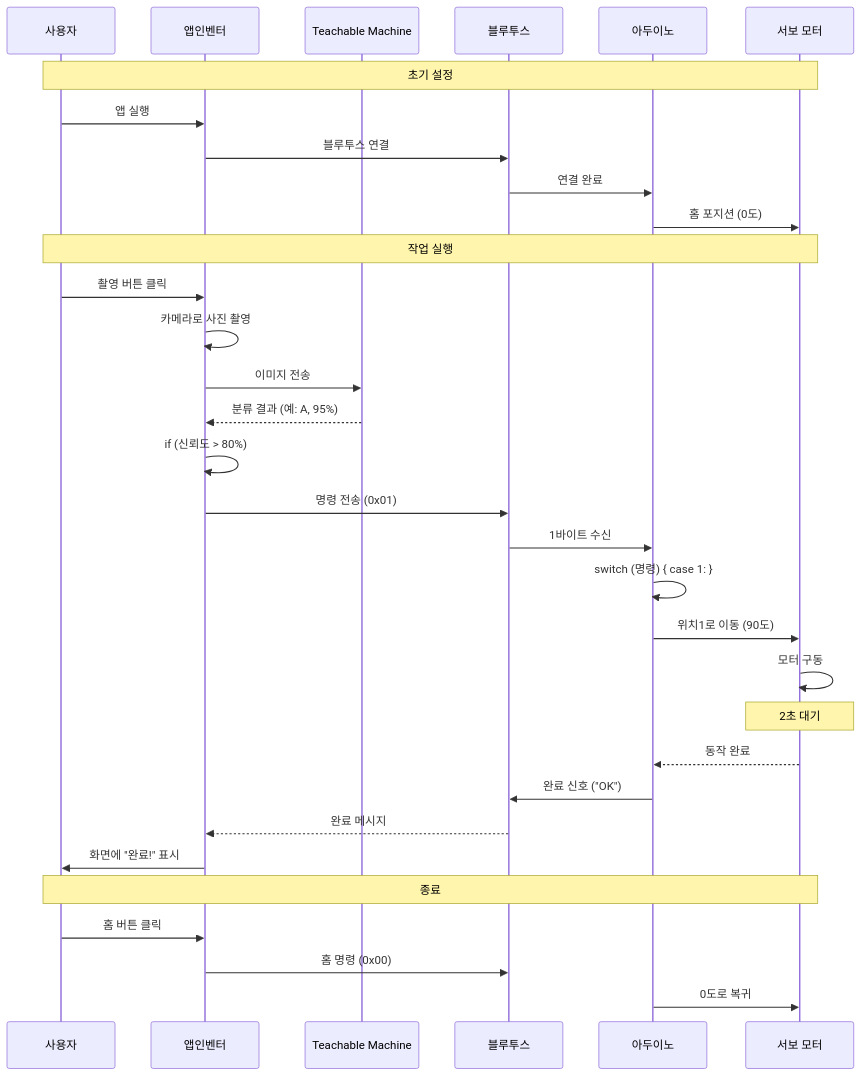
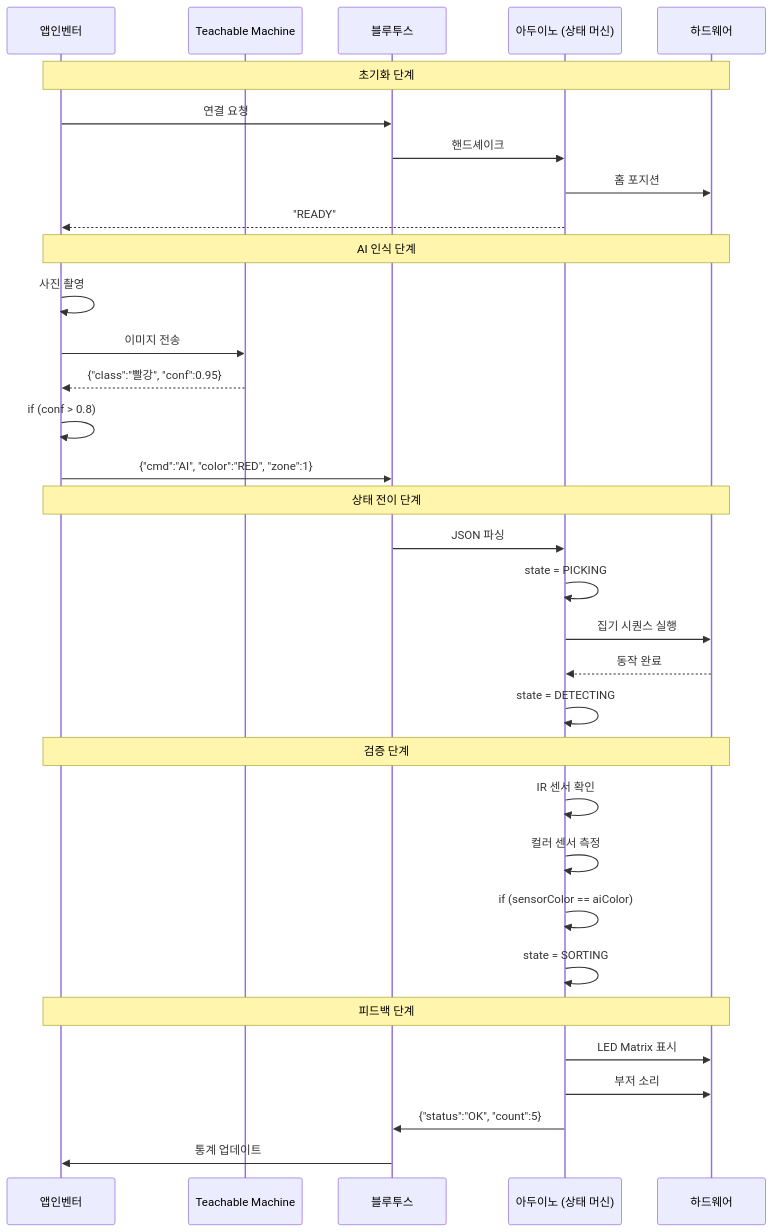
One commit to Collegenie-X/Smart_Factory_Arms_Project changed the seventh of 12 diagrams in docs/01_프로젝트_구조도.md. Above: the diagram before and after it, drawn with Mermaid. The commit also changed other lines of this file, not shown here.

````diff
--- a/docs/01_프로젝트_구조도.md
+++ b/docs/01_프로젝트_구조도.md
@@ -248,40 +314,42 @@
 ```mermaid
 sequenceDiagram
-    participant U as 사용자
-    participant APP as 앱인벤터
-    participant TM as Teachable Machine
+    participant 앱 as 앱인벤터
+    participant AI as Teachable Machine
     participant BT as 블루투스
-    participant ARD as 아두이노
-    participant SVO as 서보 모터
+    participant ARD as 아두이노 (상태 머신)
+    participant HW as 하드웨어
     
-    Note over U,SVO: 초기 설정
-    U->>APP: 앱 실행
-    APP->>BT: 블루투스 연결
-    BT->>ARD: 연결 완료
-    ARD->>SVO: 홈 포지션 (0도)
+    Note over 앱,HW: 초기화 단계
+    앱->>BT: 연결 요청
+    BT->>ARD: 핸드셰이크
+    ARD->>HW: 홈 포지션
+    ARD-->>앱: "READY"
     
-    Note over U,SVO: 작업 실행
-    U->>APP: 촬영 버튼 클릭
-    APP->>APP: 카메라로 사진 촬영
-    APP->>TM: 이미지 전송
-    TM-->>APP: 분류 결과 (예: A, 95%)
+    Note over 앱,HW: AI 인식 단계
+    앱->>앱: 사진 촬영
+    앱->>AI: 이미지 전송
+    AI-->>앱: {"class":"빨강", "conf":0.95}
     
-    APP->>APP: if (신뢰도 > 80%)
-    APP->>BT: 명령 전송 (0x01)
-    BT->>ARD: 1바이트 수신
+    앱->>앱: if (conf > 0.8)
+    앱->>BT: {"cmd":"AI", "color":"RED", "zone":1}
     
-    ARD->>ARD: switch (명령) { case 1: }
-    ARD->>SVO: 위치1로 이동 (90도)
-    SVO->>SVO: 모터 구동
+    Note over 앱,HW: 상태 전이 단계
+    BT->>ARD: JSON 파싱
+    ARD->>ARD: state = PICKING
+    ARD->>HW: 집기 시퀀스 실행
     
-    Note over SVO: 2초 대기
-    SVO-->>ARD: 동작 완료
-    ARD->>BT: 완료 신호 ("OK")
-    BT-->>APP: 완료 메시지
-    APP->>U: 화면에 "완료!" 표시
+    HW-->>ARD: 동작 완료
+    ARD->>ARD: state = DETECTING
     
-    Note over U,SVO: 종료
-    U->>APP: 홈 버튼 클릭
-    APP->>BT: 홈 명령 (0x00)
-    ARD->>SVO: 0도로 복귀
+    Note over 앱,HW: 검증 단계
+    ARD->>ARD: IR 센서 확인
+    ARD->>ARD: 컬러 센서 측정
+    ARD->>ARD: if (sensorColor == aiColor)
+    ARD->>ARD: state = SORTING
+    
+    Note over 앱,HW: 피드백 단계
+    ARD->>HW: LED Matrix 표시
+    ARD->>HW: 부저 소리
+    ARD->>BT: {"status":"OK", "count":5}
+    BT->>앱: 통계 업데이트
 ```
````
